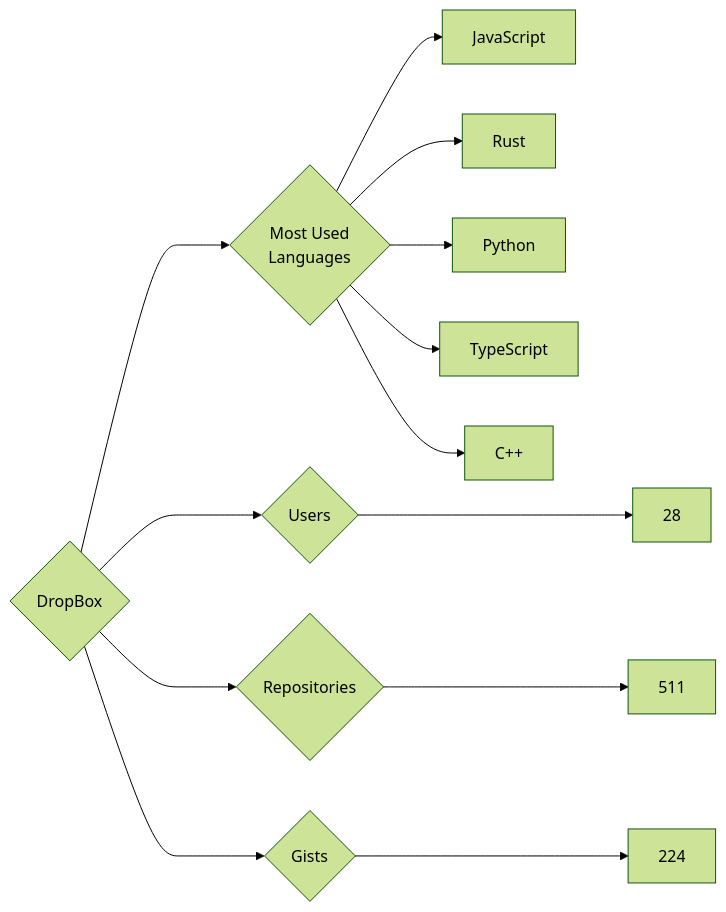
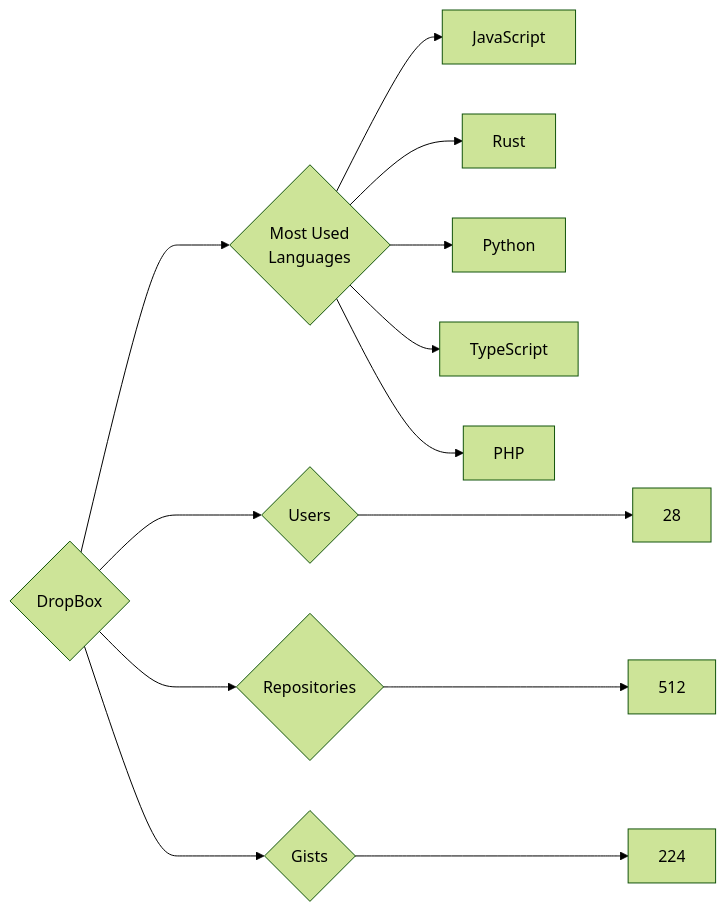
The diagram in targets/DropBox/README.md (trickest/insiders), drawn with Mermaid (forest theme) before and after one commit. The commit also changed 545 other files, not shown here.

````diff
--- a/targets/DropBox/README.md
+++ b/targets/DropBox/README.md
@@ -3,13 +3,13 @@
 ```mermaid
 graph LR
 COMPANY_NAME{DropBox}
 COMPANY_NAME ---> U{Users} ---> UN[28]
-COMPANY_NAME ---> R{Repositories} ---> RN[511]
+COMPANY_NAME ---> R{Repositories} ---> RN[512]
 COMPANY_NAME ---> G{Gists} ---> GN[224]
 COMPANY_NAME ---> ML{Most Used<br>Languages}
 ML --> JavaScript[JavaScript]
 ML --> Rust[Rust]
 ML --> Python[Python]
 ML --> TypeScript[TypeScript]
-ML --> C++[C++]
+ML --> PHP[PHP]
 ```
````
